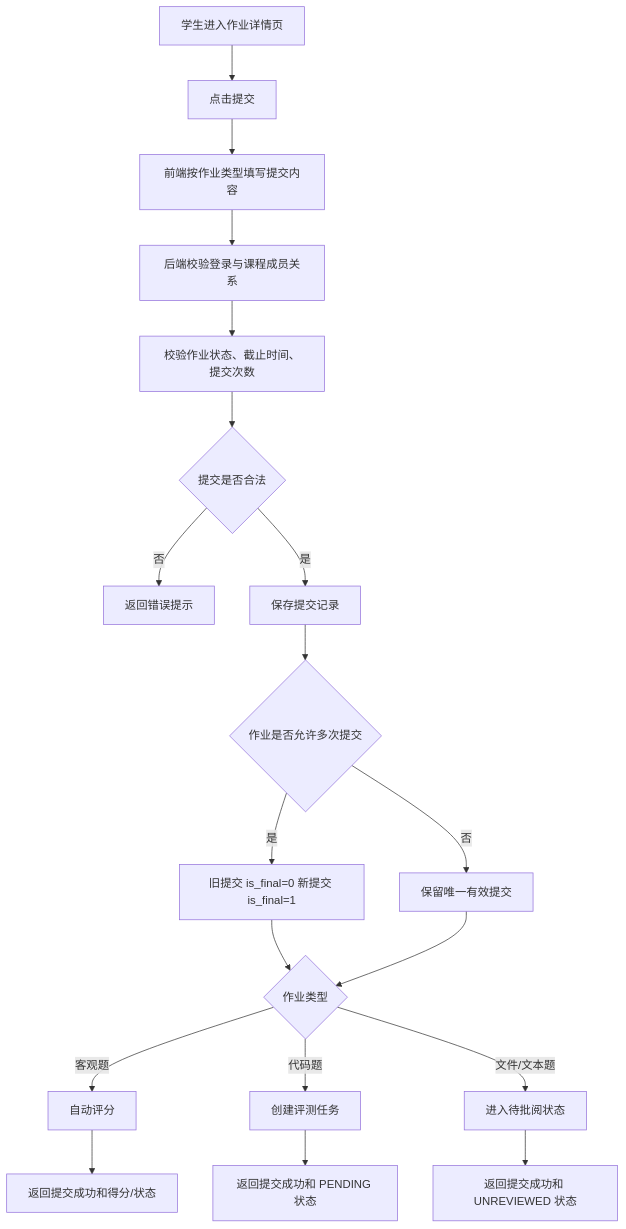
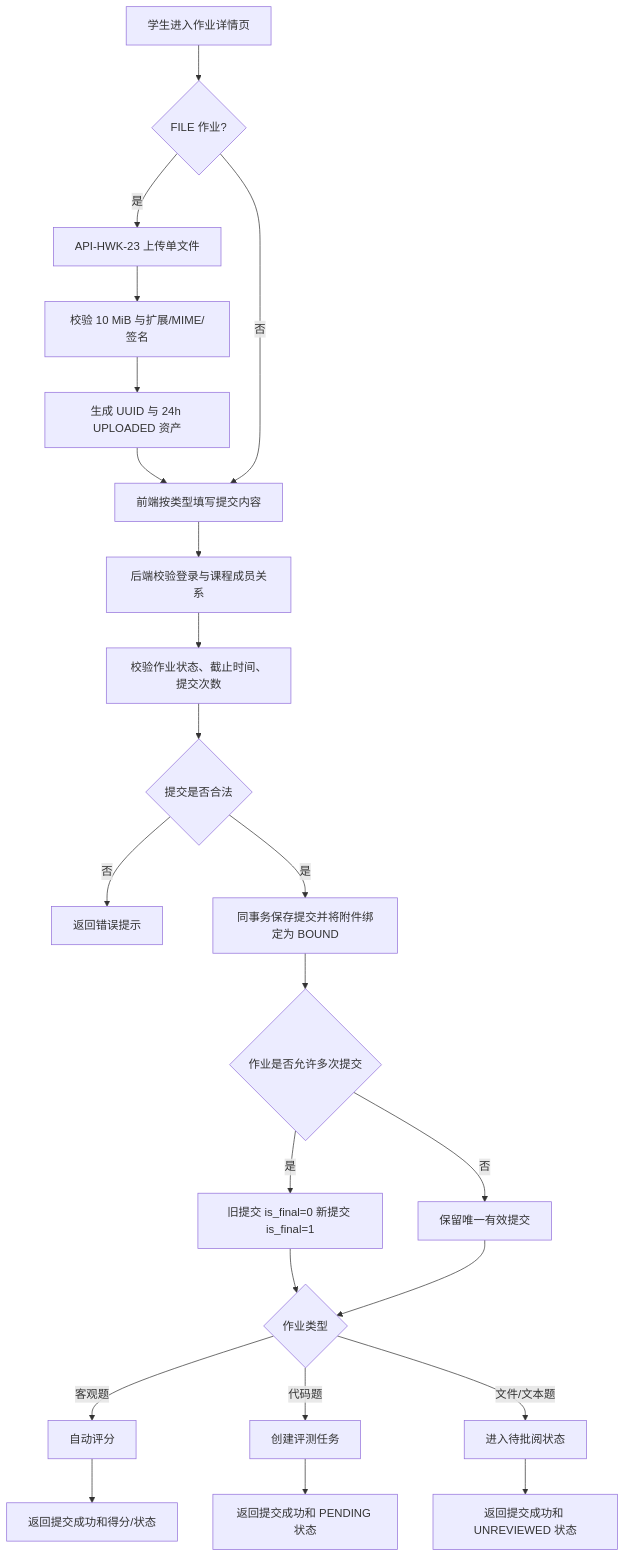
Before and after one commit to Cr4zyorange/OnlineJudge: the fifth of 9 diagrams in docs/过程/详细设计/HWK-作业与自动评测模块-详细设计提交稿.md, drawn with Mermaid. The commit also changed other lines of this file and 13 other files, not shown here.

````diff
--- a/docs/过程/详细设计/HWK-作业与自动评测模块-详细设计提交稿.md
+++ b/docs/过程/详细设计/HWK-作业与自动评测模块-详细设计提交稿.md
@@ -586,21 +648,25 @@
 ```mermaid
 flowchart TD
-    A[学生进入作业详情页] --> B[点击提交]
-    B --> C[前端按作业类型填写提交内容]
-    C --> D[后端校验登录与课程成员关系]
+    A[学生进入作业详情页] --> B{FILE 作业?}
+    B -->|是| C[API-HWK-23 上传单文件]
+    C --> C1[校验 10 MiB 与扩展/MIME/签名]
+    C1 --> C2[生成 UUID 与 24h UPLOADED 资产]
+    C2 --> C3[前端携带一个 fileId 提交]
+    B -->|否| C3[前端按类型填写提交内容]
+    C3 --> D[后端校验登录与课程成员关系]
     D --> E[校验作业状态、截止时间、提交次数]
     E --> F{提交是否合法}
     F -->|否| G[返回错误提示]
-    F -->|是| H[保存提交记录]
+    F -->|是| H[同事务保存提交并将附件绑定为 BOUND]
     H --> I{作业是否允许多次提交}
     I -->|是| J[旧提交 is_final=0 新提交 is_final=1]
     I -->|否| K[保留唯一有效提交]
     J --> L{作业类型}
     K --> L
     L -->|客观题| M[自动评分]
     L -->|代码题| N[创建评测任务]
     L -->|文件/文本题| O[进入待批阅状态]
     M --> P[返回提交成功和得分/状态]
     N --> Q[返回提交成功和 PENDING 状态]
     O --> R[返回提交成功和 UNREVIEWED 状态]
 ```
````
